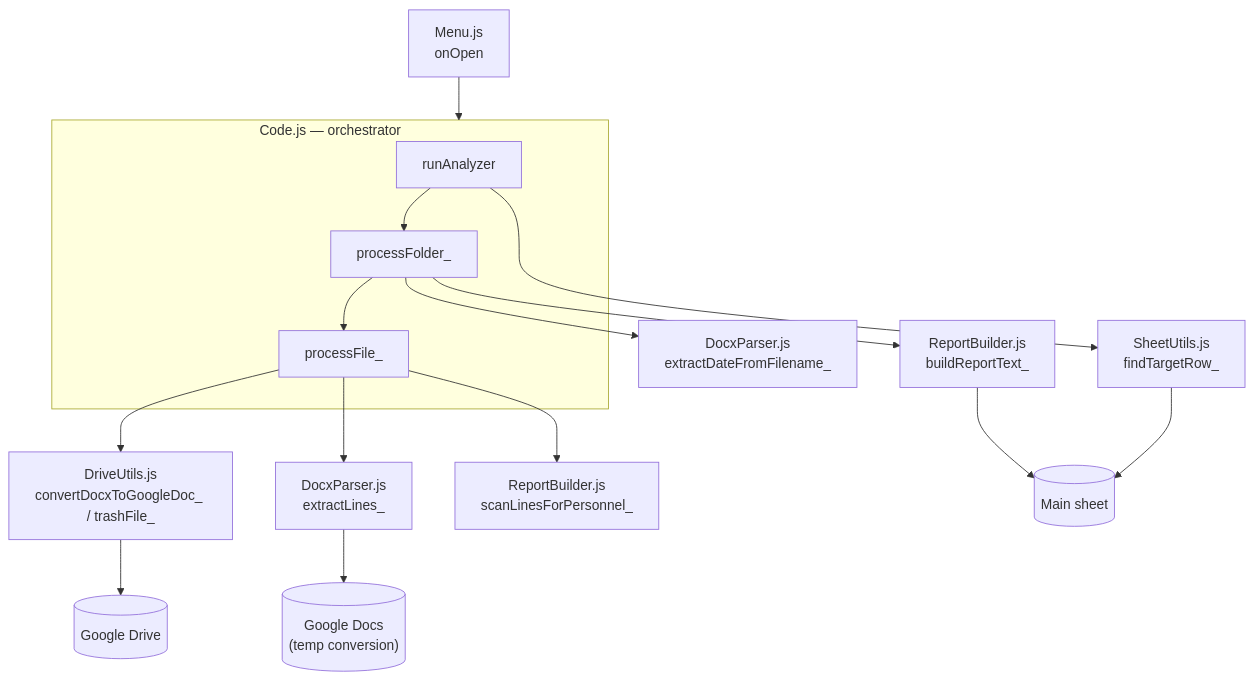
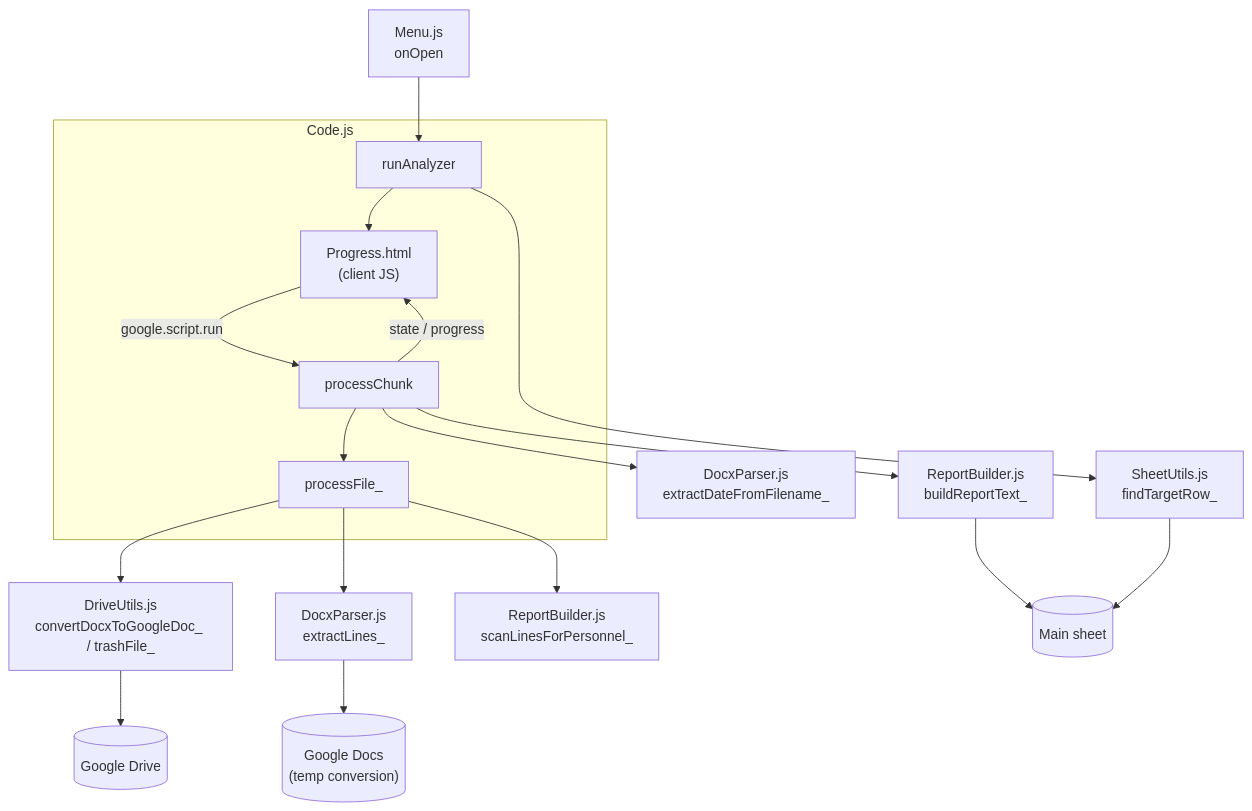
The diagram in README.md (oleksiisedun/journal-analyzer), drawn with Mermaid before and after one commit. The commit also changed other lines of this file and 4 other files, not shown here.

First line of the commit message:
Process folders in time-boxed chunks via a progress dialog to avoid 6-min timeout

````diff
--- a/README.md
+++ b/README.md
@@ -32,21 +32,27 @@
 ```mermaid
 graph TD
-  Menu["Menu.js\nonOpen"] --> Code
+  Menu["Menu.js\nonOpen"] --> runAnalyzer
 
-  subgraph Code["Code.js — orchestrator"]
-    runAnalyzer --> processFolder_
-    processFolder_ --> processFile_
+  subgraph Code["Code.js"]
+    runAnalyzer
+    processChunk
+    processFile_
+    runAnalyzer --> Dialog
+    processChunk --> processFile_
   end
 
+  Dialog["Progress.html\n(client JS)"] -- "google.script.run" --> processChunk
+  processChunk -- "state / progress" --> Dialog
+
   runAnalyzer --> SheetUtils["SheetUtils.js\nfindTargetRow_"]
-  processFolder_ --> DocxParser1["DocxParser.js\nextractDateFromFilename_"]
+  processChunk --> DocxParser1["DocxParser.js\nextractDateFromFilename_"]
   processFile_ --> DriveUtils["DriveUtils.js\nconvertDocxToGoogleDoc_ / trashFile_"]
   processFile_ --> DocxParser2["DocxParser.js\nextractLines_"]
   processFile_ --> ReportBuilder1["ReportBuilder.js\nscanLinesForPersonnel_"]
-  processFolder_ --> ReportBuilder2["ReportBuilder.js\nbuildReportText_"]
+  processChunk --> ReportBuilder2["ReportBuilder.js\nbuildReportText_"]
 
   DriveUtils --> Drive[("Google Drive")]
   DocxParser2 --> Docs[("Google Docs\n(temp conversion)")]
   SheetUtils --> Sheet[("Main sheet")]
   ReportBuilder2 --> Sheet
 ```
````
